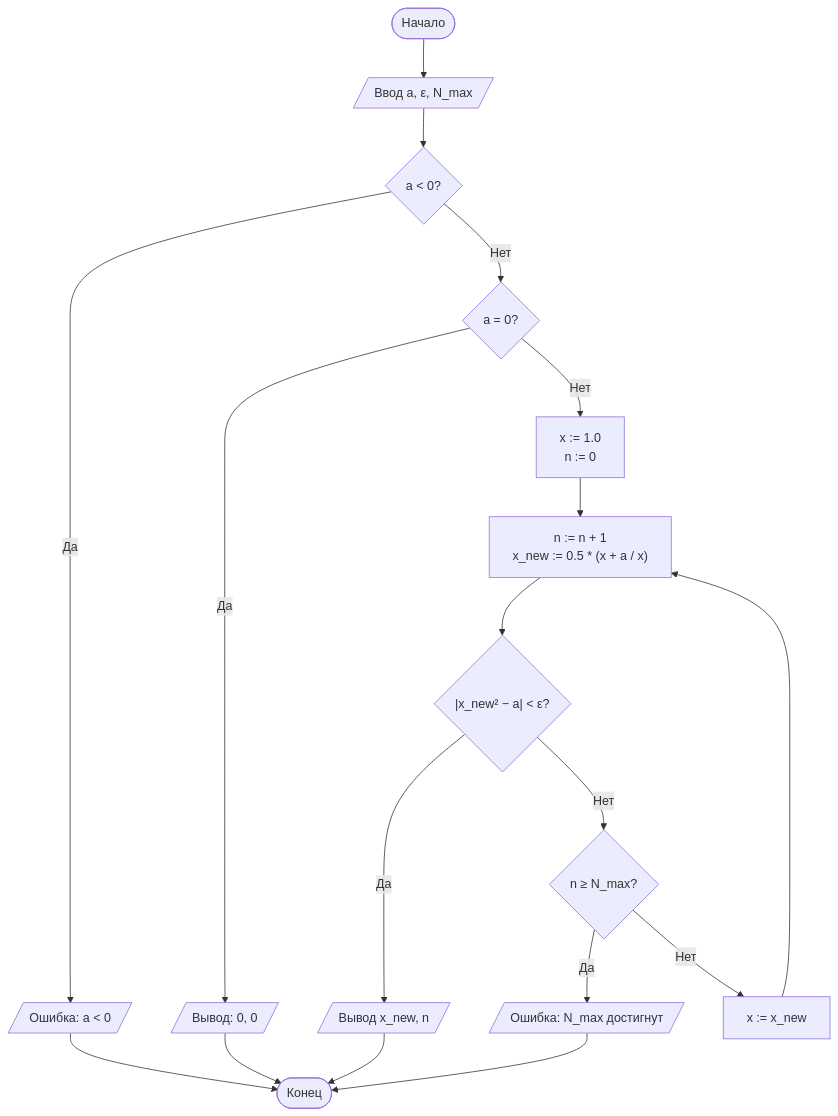
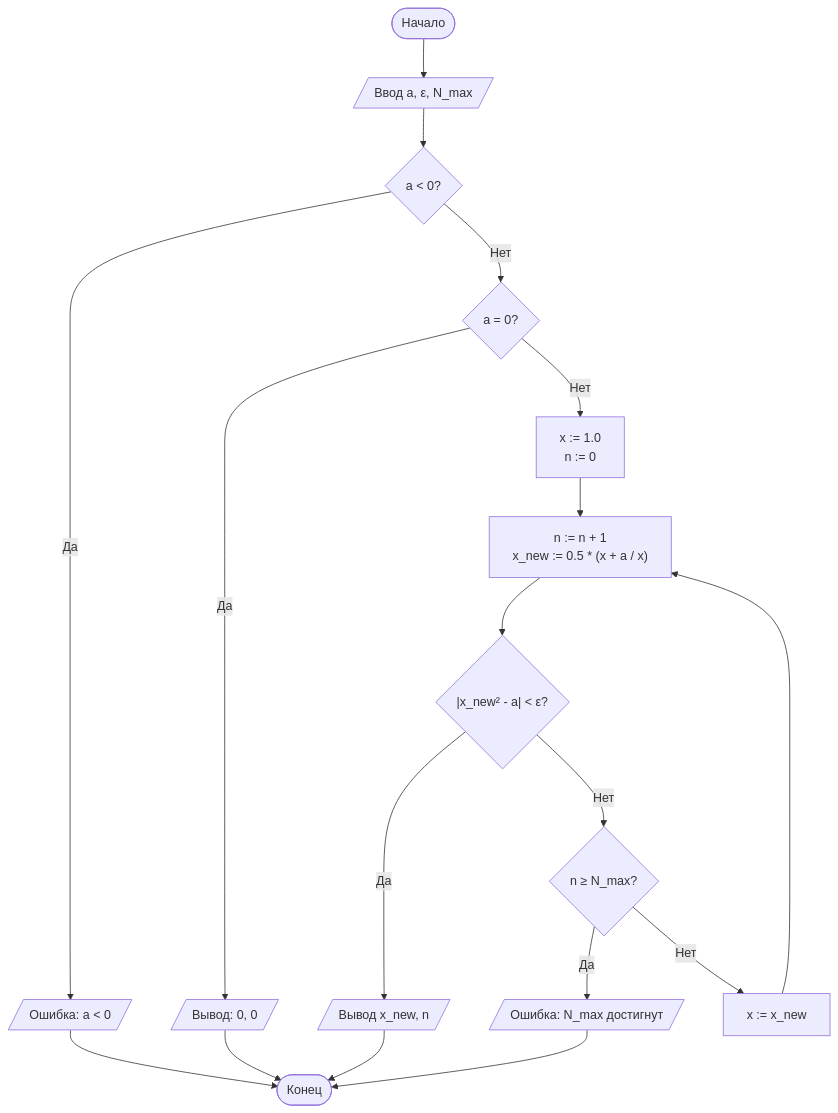
The first of 3 diagrams in lab 1/lab1.md (Randomaser/Python_labs), drawn with Mermaid before and after one commit. The commit also changed other lines of this file and 4 other files, not shown here.

````diff
--- a/lab 1/lab1.md
+++ b/lab 1/lab1.md
@@ -208,16 +132,15 @@
 ```mermaid
 flowchart TD
     A([Начало]) --> B[/Ввод a, ε, N_max/]
     B --> C{a < 0?}
     C -- Да --> D[/Ошибка: a < 0/] --> Z([Конец])
     C -- Нет --> E{a = 0?}
     E -- Да --> F[/Вывод: 0, 0/] --> Z
-    E -- Нет --> G["x := 1.0<br/>n := 0"]
-    G --> H["n := n + 1<br/>x_new := 0.5 * (x + a / x)"]
-    H --> I{"|x_new² − a| < ε?"}
+    E -- Нет --> G["x := 1.0\nn := 0"]
+    G --> H["n := n + 1\nx_new := 0.5 * (x + a / x)"]
+    H --> I{"|x_new² - a| < ε?"}
     I -- Да --> J[/Вывод x_new, n/] --> Z
     I -- Нет --> K{n ≥ N_max?}
     K -- Да --> L[/Ошибка: N_max достигнут/] --> Z
     K -- Нет --> M[x := x_new] --> H
-
 ```
````
